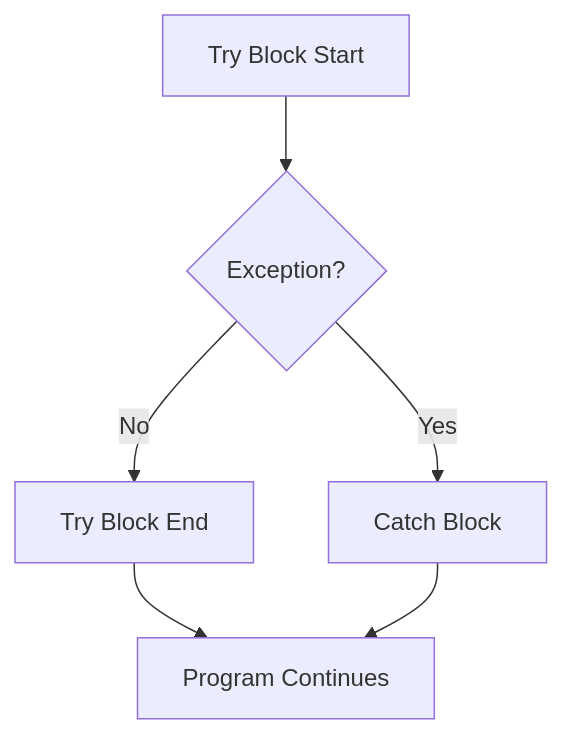
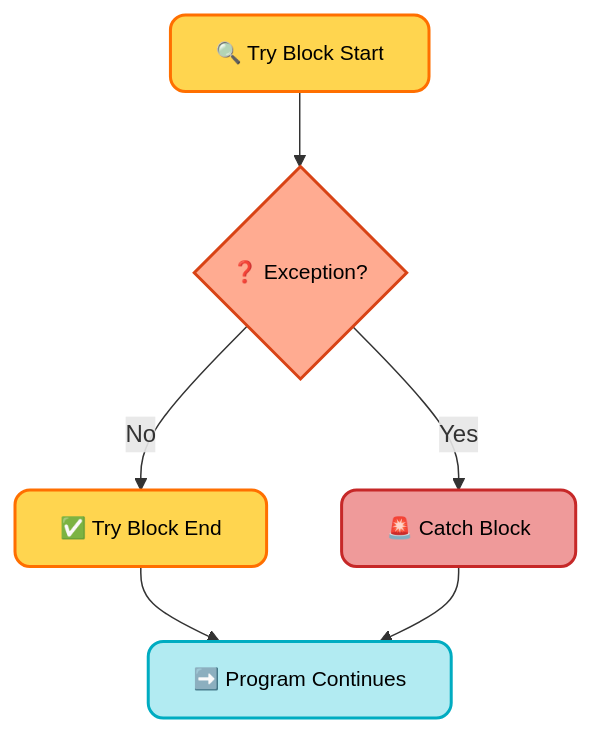
Before and after one commit to infoyouth/infoyouth.github.io: the third of 6 diagrams in _posts/2025-01-09-16.-exception-handling-in-java.md, drawn with Mermaid. The commit also changed other lines of this file, not shown here.

````diff
--- a/_posts/2025-01-09-16.-exception-handling-in-java.md
+++ b/_posts/2025-01-09-16.-exception-handling-in-java.md
@@ -297,8 +303,20 @@
 ```mermaid
 graph TD
-    A[Try Block Start] --> B{Exception?};
-    B -- No --> C[Try Block End];
-    B -- Yes --> D[Catch Block];
-    C --> E[Program Continues];
+    classDef tryBlockStyle fill:#FFD54F,stroke:#FF6F00,color:#000000,font-size:14px,stroke-width:2px,rx:10px,shadow:5px;
+    classDef decisionStyle fill:#FFAB91,stroke:#D84315,color:#000000,font-size:14px,stroke-width:2px,rx:10px,shadow:5px;
+    classDef catchBlockStyle fill:#EF9A9A,stroke:#C62828,color:#000000,font-size:14px,stroke-width:2px,rx:10px,shadow:5px;
+    classDef endStyle fill:#B2EBF2,stroke:#00ACC1,color:#000000,font-size:14px,stroke-width:2px,rx:10px,shadow:5px;
+
+    A[🔍 Try Block Start] --> B{❓ Exception?};
+    B -- No --> C[✅ Try Block End];
+    B -- Yes --> D[🚨 Catch Block];
+    C --> E[➡️ Program Continues];
     D --> E;
+
+    class A tryBlockStyle;
+    class B decisionStyle;
+    class C tryBlockStyle;
+    class D catchBlockStyle;
+    class E endStyle;
+
 ```
````
